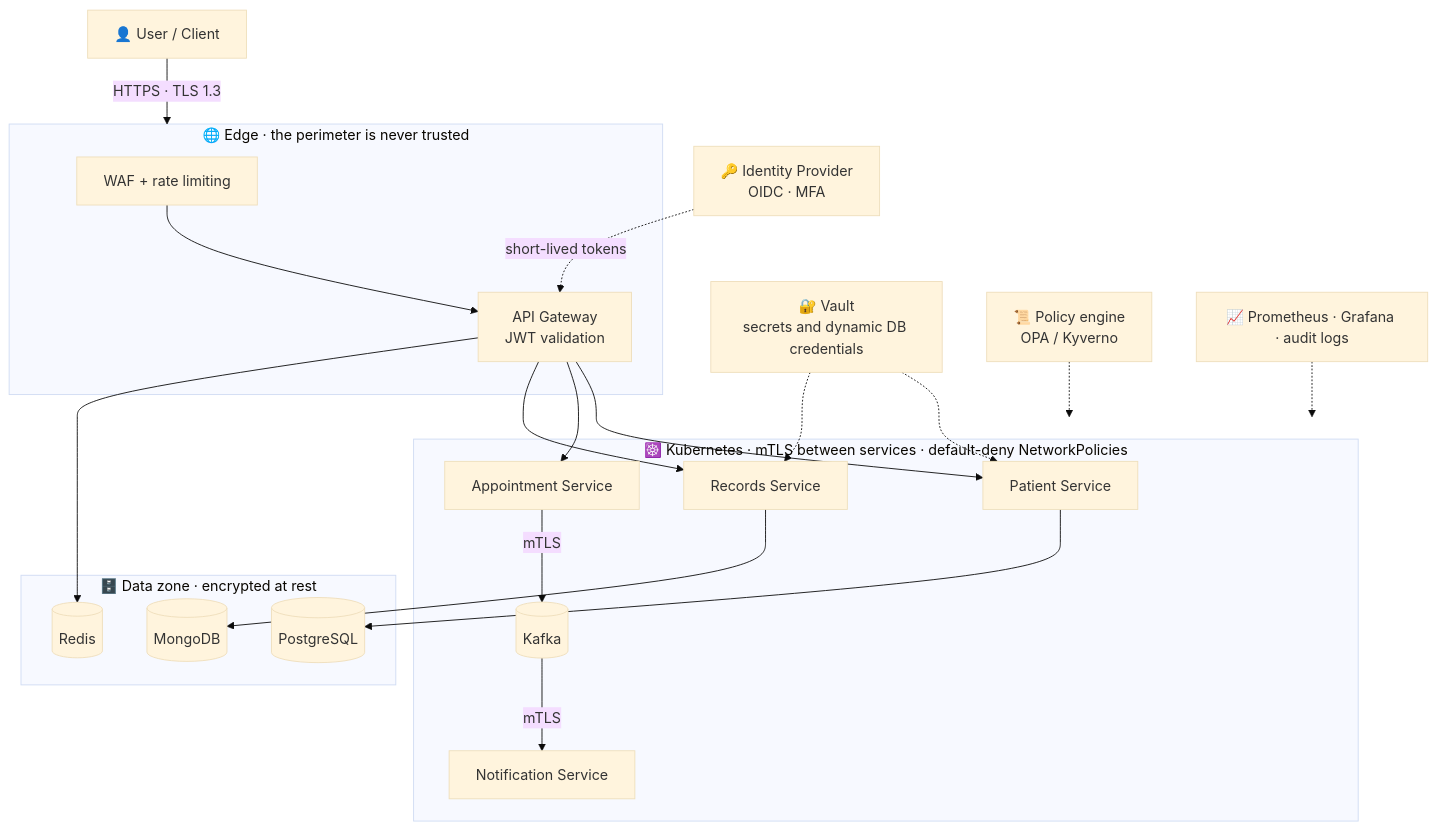
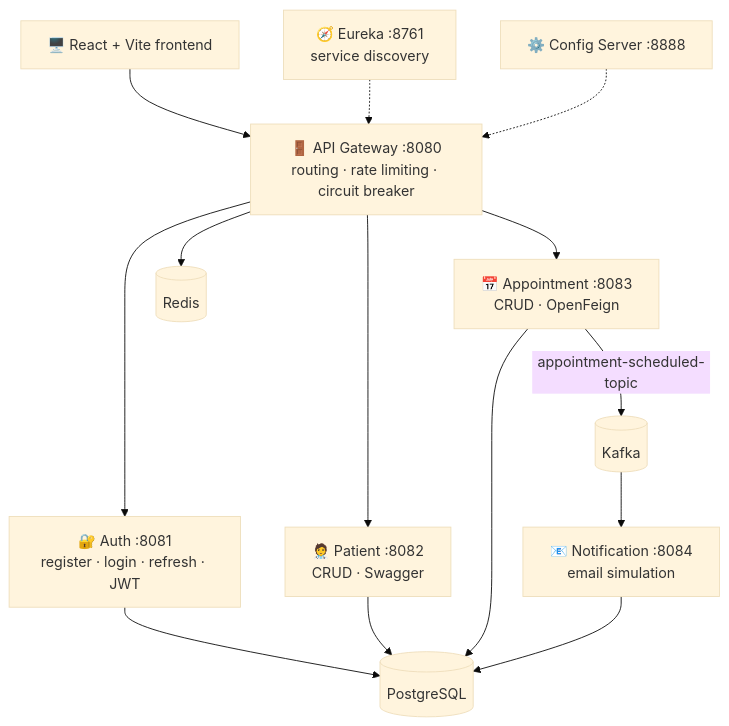
One commit to mohamedbenzraidi/mohamedbenzraidi changed the third of 4 diagrams in README.md. Above: the diagram before and after it, drawn with Mermaid (base theme). The commit also changed other lines of this file, not shown here.

````diff
--- a/README.md
+++ b/README.md
@@ -146,32 +172,16 @@
 ```mermaid
 flowchart TB
-    U["👤 User / Client"] -->|HTTPS · TLS 1.3| EDGE
-    subgraph EDGE["🌐 Edge · the perimeter is never trusted"]
-        WAF["WAF + rate limiting"] --> GW["API Gateway<br/>JWT validation"]
-    end
-    IDP["🔑 Identity Provider<br/>OIDC · MFA"] -.->|short-lived tokens| GW
-    subgraph MESH["☸️ Kubernetes · mTLS between services · default-deny NetworkPolicies"]
-        P["Patient Service"]
-        A["Appointment Service"]
-        R["Records Service"]
-        K[("Kafka")]
-        N["Notification Service"]
-        A -->|mTLS| K
-        K -->|mTLS| N
-    end
-    GW --> P
-    GW --> A
-    GW --> R
-    subgraph DATA["🗄️ Data zone · encrypted at rest"]
-        PG[("PostgreSQL")]
-        MG[("MongoDB")]
-        RD[("Redis")]
-    end
-    P --> PG
-    R --> MG
-    GW --> RD
-    V["🔐 Vault<br/>secrets and dynamic DB credentials"] -.-> P
-    V -.-> R
-    POL["📜 Policy engine<br/>OPA / Kyverno"] -.-> MESH
-    OBS["📈 Prometheus · Grafana · audit logs"] -.-> MESH
+    FE["🖥️ React + Vite frontend"] --> GW["🚪 API Gateway :8080<br/>routing · rate limiting · circuit breaker"]
+    GW --> AU["🔐 Auth :8081<br/>register · login · refresh · JWT"]
+    GW --> PA["🧑‍⚕️ Patient :8082<br/>CRUD · Swagger"]
+    GW --> AP["📅 Appointment :8083<br/>CRUD · OpenFeign"]
+    AP -->|appointment-scheduled-topic| K[("Kafka")]
+    K --> NO["📧 Notification :8084<br/>email simulation"]
+    GW --> RD[("Redis")]
+    AU --> PG[("PostgreSQL")]
+    PA --> PG
+    AP --> PG
+    NO --> PG
+    EU["🧭 Eureka :8761<br/>service discovery"] -.-> GW
+    CS["⚙️ Config Server :8888"] -.-> GW
 ```
````
